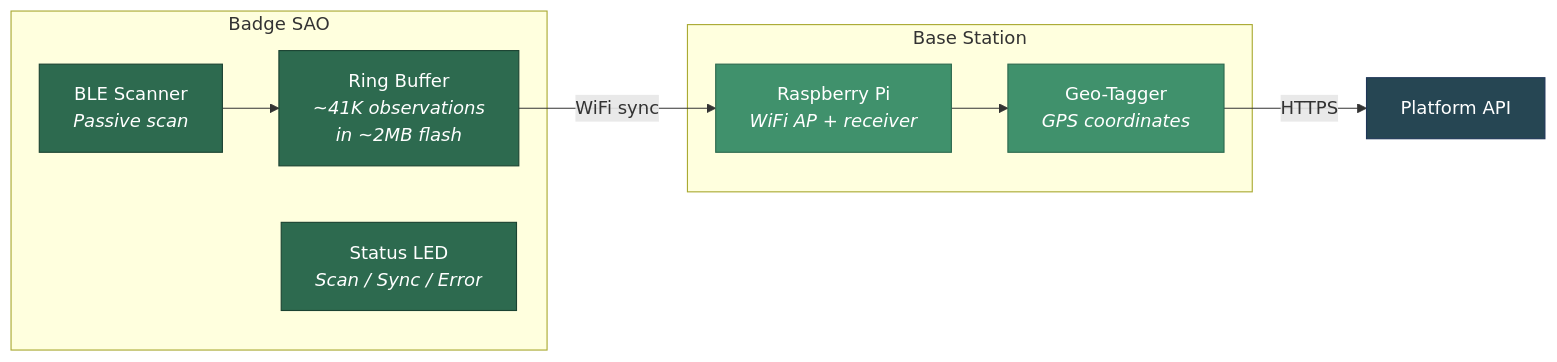
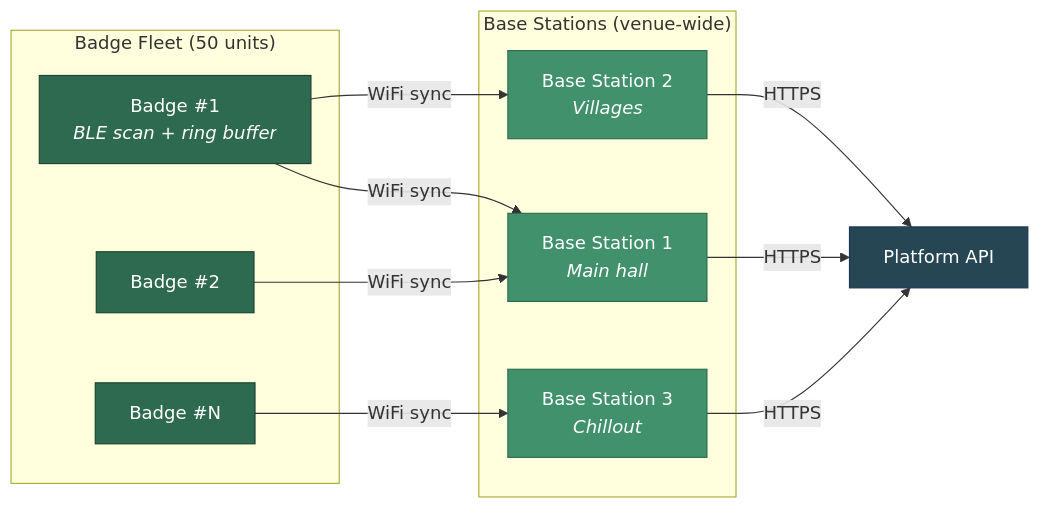
Before and after one commit to MillerMedia/ble-badge-sao: the diagram in README.md, drawn with Mermaid.

Commit message:
Update diagram to show multiple base stations across venue

````diff
--- a/README.md
+++ b/README.md
@@ -9,25 +9,30 @@
 ```mermaid
 graph LR
-    subgraph BADGE["Badge SAO"]
-        SCAN["BLE Scanner<br/><i>Passive scan</i>"]
-        RING["Ring Buffer<br/><i>~41K observations<br/>in ~2MB flash</i>"]
-        LED["Status LED<br/><i>Scan / Sync / Error</i>"]
+    subgraph BADGES["Badge Fleet (50 units)"]
+        B1["Badge #1<br/><i>BLE scan + ring buffer</i>"]
+        B2["Badge #2"]
+        BN["Badge #N"]
     end
 
-    subgraph BASE["Base Station"]
-        RPI["Raspberry Pi<br/><i>WiFi AP + receiver</i>"]
-        GEO["Geo-Tagger<br/><i>GPS coordinates</i>"]
+    subgraph BASES["Base Stations (venue-wide)"]
+        BS1["Base Station 1<br/><i>Main hall</i>"]
+        BS2["Base Station 2<br/><i>Villages</i>"]
+        BS3["Base Station 3<br/><i>Chillout</i>"]
     end
 
-    SCAN --> RING
-    RING -- "WiFi sync" --> RPI
-    RPI --> GEO
-    GEO -- "HTTPS" --> API["Platform API"]
+    B1 -- "WiFi sync" --> BS1
+    B1 -- "WiFi sync" --> BS2
+    B2 -- "WiFi sync" --> BS1
+    BN -- "WiFi sync" --> BS3
+    BS1 -- "HTTPS" --> API["Platform API"]
+    BS2 -- "HTTPS" --> API
+    BS3 -- "HTTPS" --> API
 
-    style SCAN fill:#2d6a4f,stroke:#1b4332,color:#fff
-    style RING fill:#2d6a4f,stroke:#1b4332,color:#fff
-    style LED fill:#2d6a4f,stroke:#1b4332,color:#fff
-    style RPI fill:#40916c,stroke:#2d6a4f,color:#fff
-    style GEO fill:#40916c,stroke:#2d6a4f,color:#fff
+    style B1 fill:#2d6a4f,stroke:#1b4332,color:#fff
+    style B2 fill:#2d6a4f,stroke:#1b4332,color:#fff
+    style BN fill:#2d6a4f,stroke:#1b4332,color:#fff
+    style BS1 fill:#40916c,stroke:#2d6a4f,color:#fff
+    style BS2 fill:#40916c,stroke:#2d6a4f,color:#fff
+    style BS3 fill:#40916c,stroke:#2d6a4f,color:#fff
     style API fill:#264653,stroke:#1d3557,color:#fff
 ```
````
